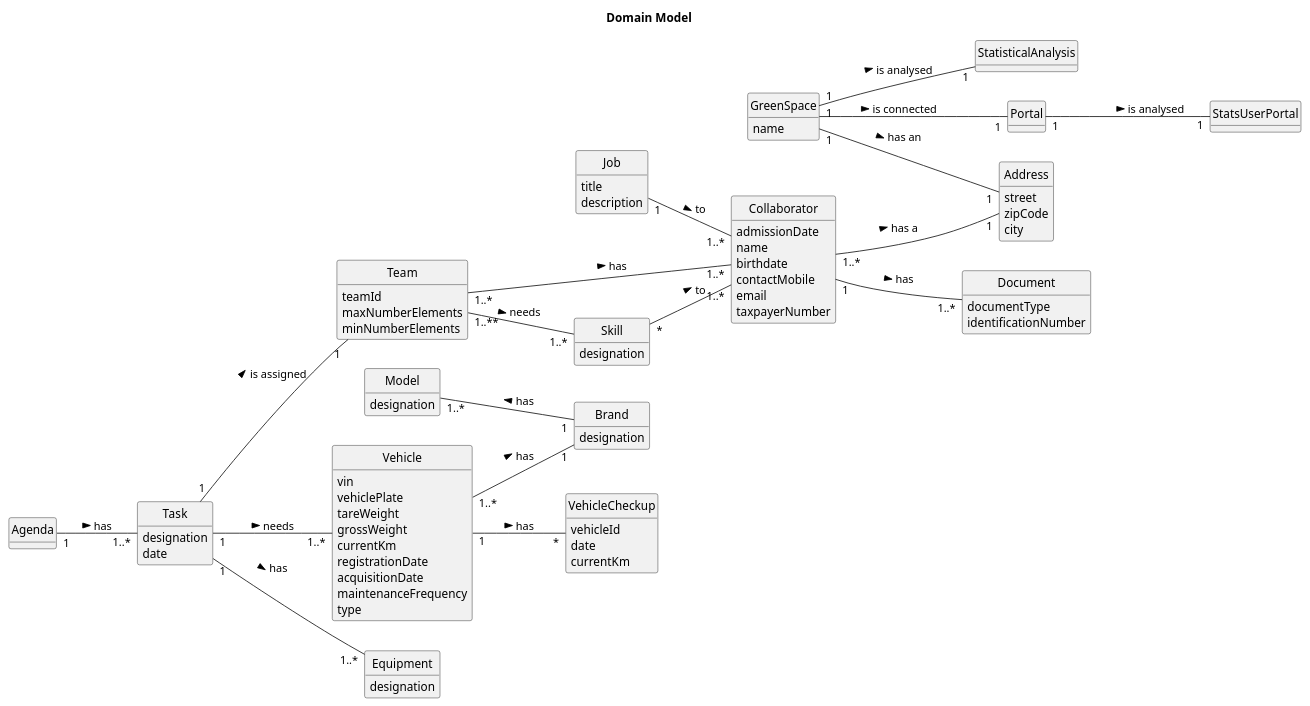
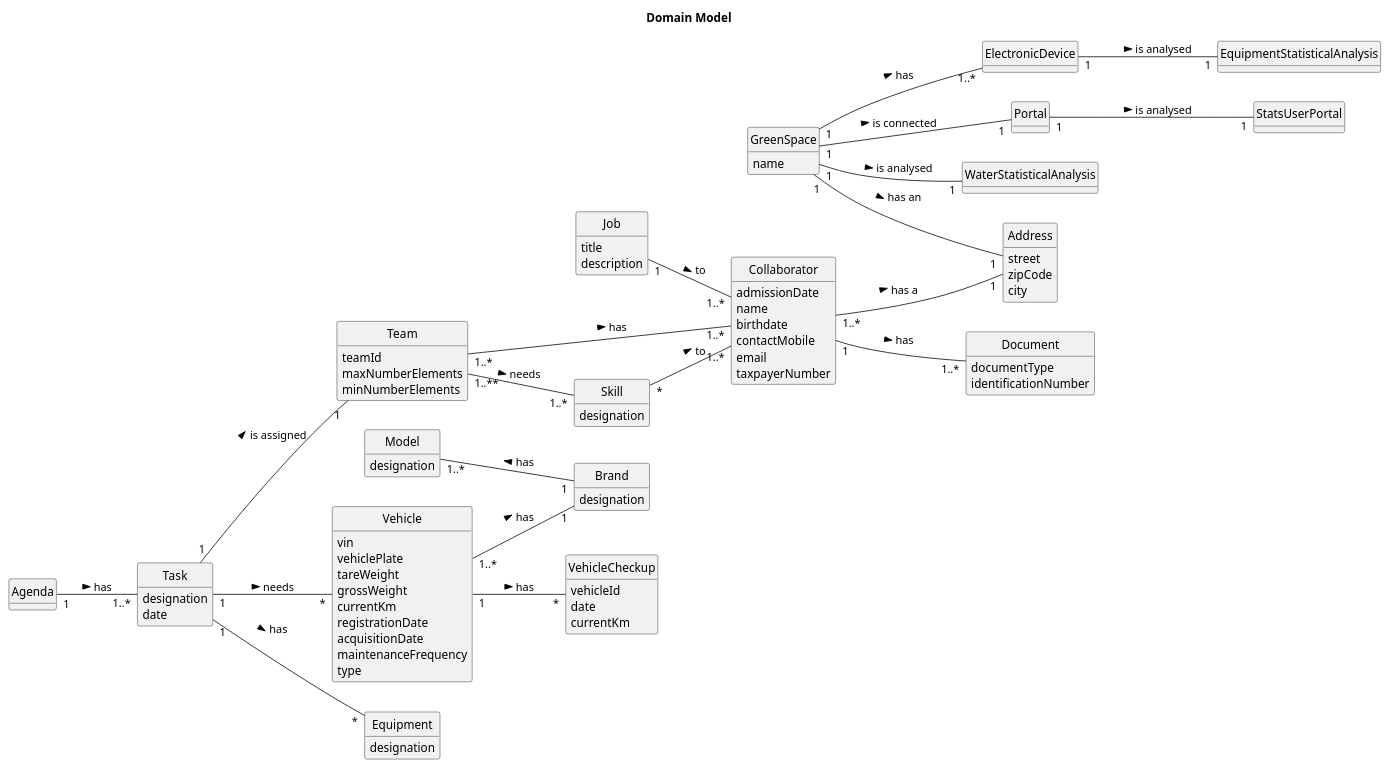
One commit to ricardomm7/leaflink changed the diagram in docs/sprintB/global-artifacts/02.analysis/puml/project-domain-model.puml. Above: the diagram before and after it, drawn with PlantUML. The commit also changed 4 other files, not shown here.

Commit message:
LFC2-140<Add conceptual classes on use case diagram and correct some issues on Readme.md requirements (US001 and US002) >

```diff
--- a/docs/sprintB/global-artifacts/02.analysis/puml/project-domain-model.puml
+++ b/docs/sprintB/global-artifacts/02.analysis/puml/project-domain-model.puml
@@ -1,144 +1,147 @@
 @startuml
 skinparam monochrome true
 skinparam packageStyle rectangle
 skinparam shadowing false
 skinparam classAttributeIconSize 0
 hide circle
 hide methods
 left to right direction
 
 title Domain Model
 
 class Skill {
     designation
 }
 
 class Job {
     title
     description
 }
 
 class Collaborator {
     admissionDate
     name
     birthdate
     contactMobile
     email
     taxpayerNumber
 }
 
 class Document{
     documentType
     identificationNumber
 }
 
 
 class Team {
     teamId
     maxNumberElements
     minNumberElements
 }
 
 class Vehicle {
     vin
     vehiclePlate
     tareWeight
     grossWeight
     currentKm
     registrationDate
     acquisitionDate
     maintenanceFrequency
     type
 }
 
 class Brand{
     designation
 }
 
 class Model{
     designation
 }
 
 class VehicleCheckup{
     vehicleId
     date
     currentKm
 }
 
 'class Person {
  '   name
  '   birthdate
  '   contactMobile
  '   email
   '  taxpayerNumber
 '}
 
 class Address{
     street
     zipCode
     city
 }
 
-class StatisticalAnalysis{
+class WaterStatisticalAnalysis{
 }
 
 class StatsUserPortal{
 }
 
+class ElectronicDevice{
+}
 
 class GreenSpace{
     name
 }
 
 class Task{
     designation
     date
 }
 
 class Equipment{
     designation
 }
 
 class Agenda{
 }
 
 class Portal{
 }
 
 Vehicle "1..*" -- "1" Brand : has >
 
 Model "1..*" -- "1" Brand : has <
 
 Collaborator "1" -- "1..*" Document : has >
 
 Job "1" -- "1..*" Collaborator : to >
 
 
 Skill "*" -- "1..*" Collaborator : to >
 Team "1..**" -- "1..*" Skill : needs >
 
-
 Team "1..*" -- "1..*" Collaborator : has >
-
 
 Vehicle "1" -- "*" VehicleCheckup : has >
 
-
 Collaborator "1..*" -- "1" Address : has a >
 
-GreenSpace "1" -- "1" StatisticalAnalysis : is analysed >
+GreenSpace "1" -- "1" WaterStatisticalAnalysis : is analysed >
 
 GreenSpace "1" -- "1" Address : has an >
 
-Task "1" -- "1..*" Vehicle : needs >
+Task "1" -- "*" Vehicle : needs >
 
 Task "1" -- "1" Team : is assigned >
 
-Task "1" -- "1..*" Equipment : has >
+Task "1" -- "*" Equipment : has >
+
+GreenSpace "1" -- "1..*" ElectronicDevice: has >
+
+ElectronicDevice "1" -- "1" EquipmentStatisticalAnalysis: is analysed >
 
 GreenSpace "1" -- "1" Portal : is connected >
 
 Portal "1" -- "1" StatsUserPortal : is analysed >
 
 Agenda "1" -- "1..*" Task : has >
 @enduml
```
